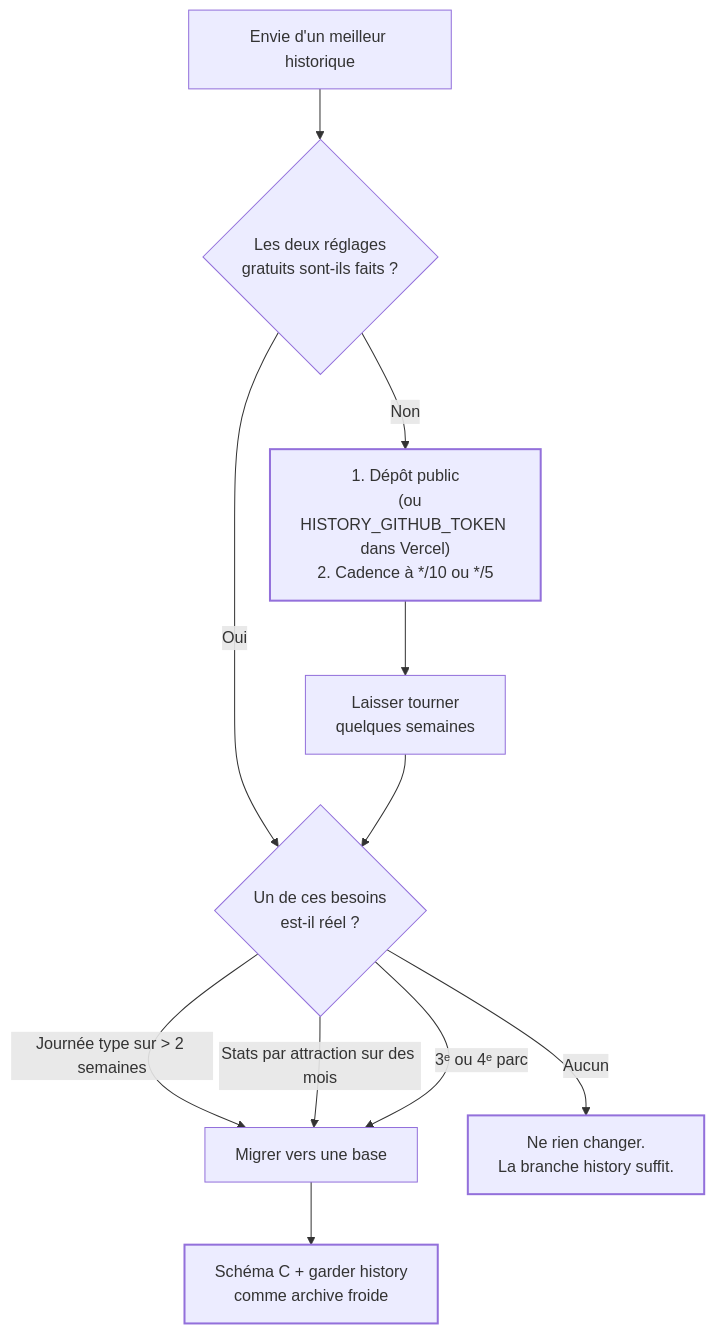
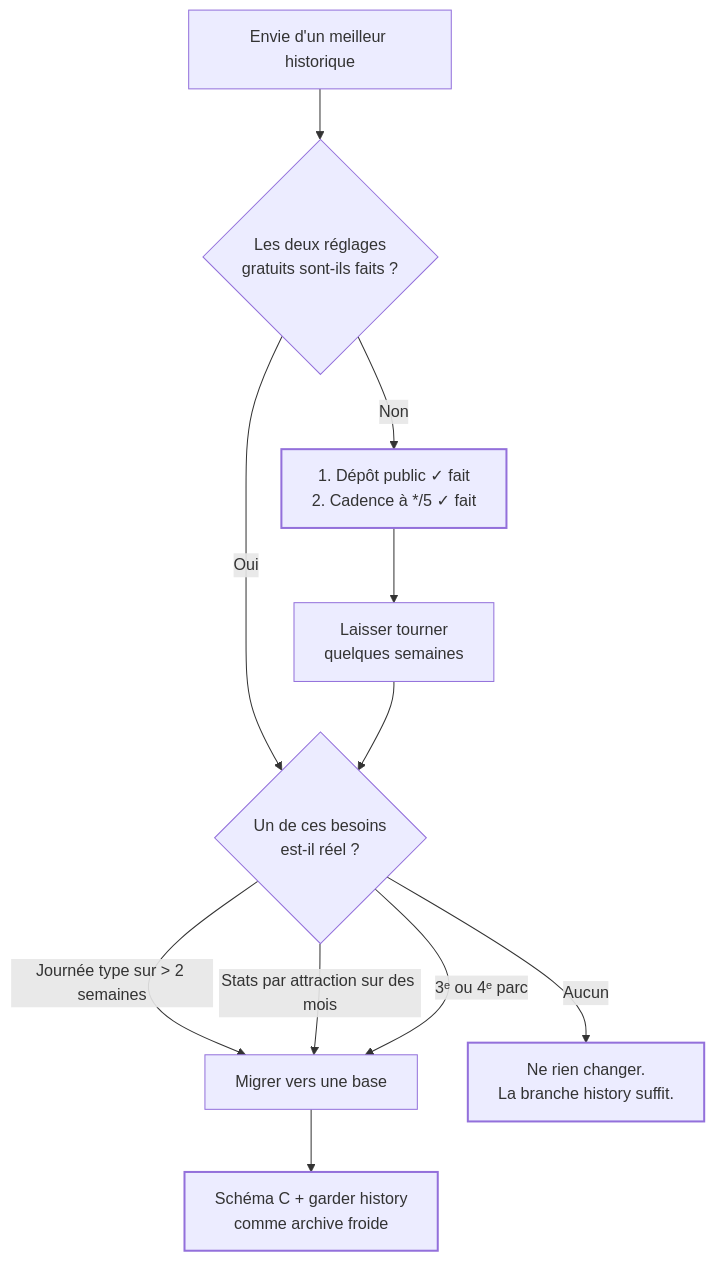
Before and after one commit to benjaminschaal/parc-attraction: the third of 3 diagrams in docs/historique-et-stockage.md, drawn with Mermaid. The commit also changed other lines of this file and 4 other files, not shown here.

First line of the commit message:
Exploiter le passage du dépôt en public (#4)

````diff
--- a/docs/historique-et-stockage.md
+++ b/docs/historique-et-stockage.md
@@ -196,17 +200,17 @@
 ```mermaid
 flowchart TD
     START["Envie d'un meilleur historique"] --> FIX{"Les deux réglages<br/>gratuits sont-ils faits ?"}
-    FIX -->|Non| DO["1. Dépôt public<br/>   (ou HISTORY_GITHUB_TOKEN dans Vercel)<br/>2. Cadence à */10 ou */5"]
+    FIX -->|Non| DO["1. Dépôt public ✓ fait<br/>2. Cadence à */5 ✓ fait"]
     DO --> WAIT["Laisser tourner<br/>quelques semaines"]
     FIX -->|Oui| TRIG{"Un de ces besoins<br/>est-il réel ?"}
     WAIT --> TRIG
     TRIG -->|"Journée type sur > 2 semaines"| MIG["Migrer vers une base"]
     TRIG -->|"Stats par attraction sur des mois"| MIG
     TRIG -->|"3ᵉ ou 4ᵉ parc"| MIG
     TRIG -->|"Aucun"| STAY["Ne rien changer.<br/>La branche history suffit."]
     MIG --> KEEP["Schéma C + garder history<br/>comme archive froide"]
 
     style DO stroke-width:2px
     style STAY stroke-width:2px
     style KEEP stroke-width:2px
 ```
````
